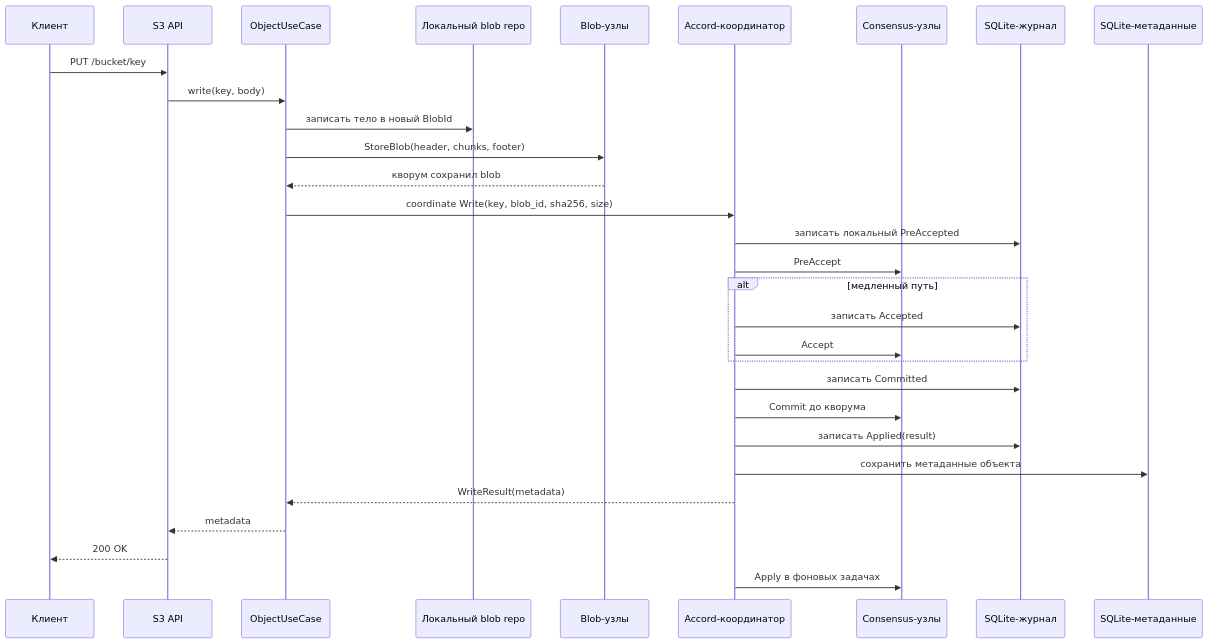
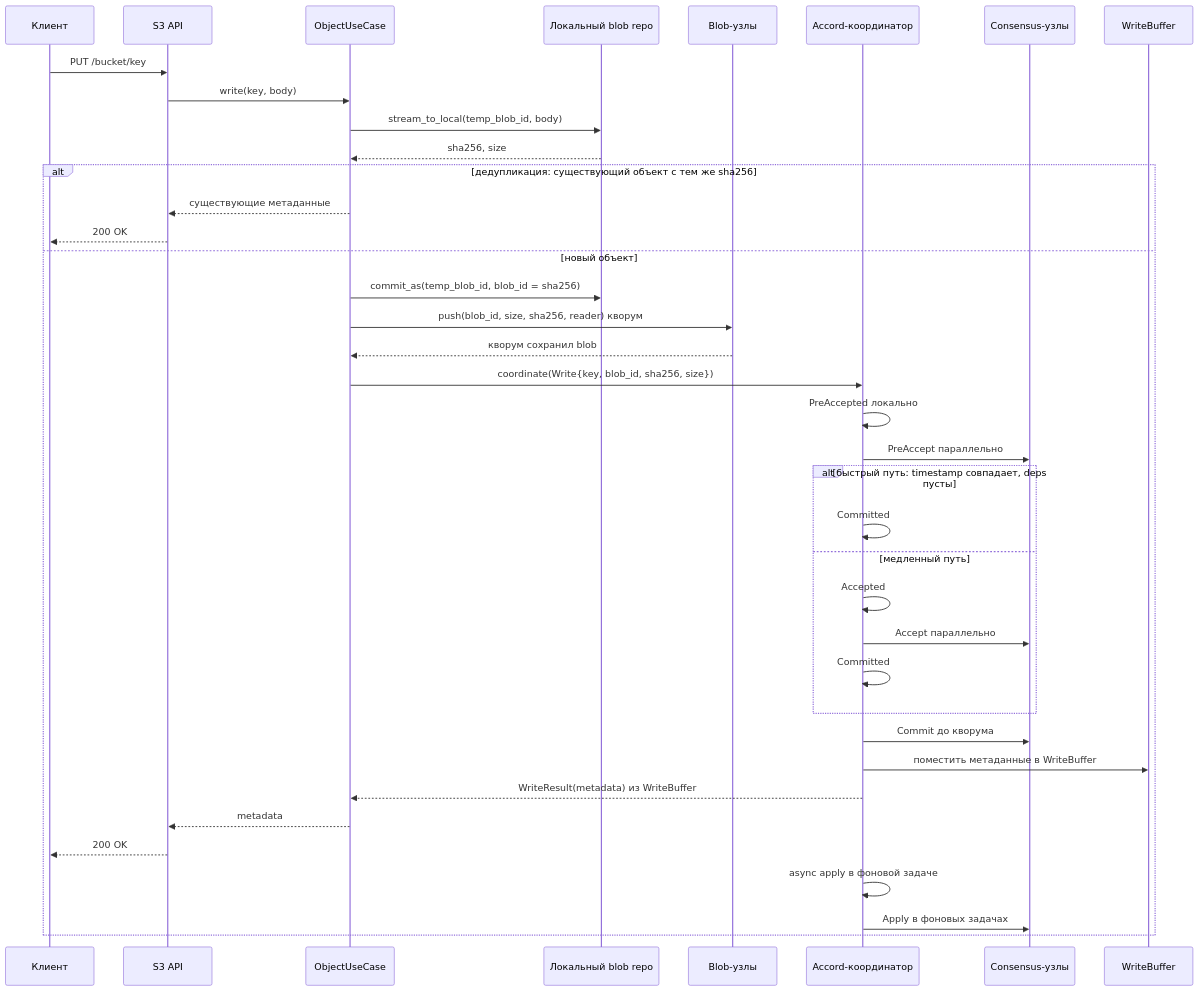
The third of 6 diagrams in docs/architecture.md (Bromles/so3), drawn with Mermaid before and after one commit. The commit also changed other lines of this file and 12 other files, not shown here.

````diff
--- a/docs/architecture.md
+++ b/docs/architecture.md
@@ -82,32 +89,40 @@
 ```mermaid
 sequenceDiagram
     participant C as Клиент
     participant A as S3 API
     participant O as ObjectUseCase
     participant B as Локальный blob repo
     participant BP as Blob-узлы
     participant CC as Accord-координатор
     participant CP as Consensus-узлы
-    participant J as SQLite-журнал
-    participant M as SQLite-метаданные
+    participant WB as WriteBuffer
     C ->> A: PUT /bucket/key
     A ->> O: write(key, body)
-    O ->> B: записать тело в новый BlobId
-    O ->> BP: StoreBlob(header, chunks, footer)
-    BP -->> O: кворум сохранил blob
-    O ->> CC: coordinate Write(key, blob_id, sha256, size)
-    CC ->> J: записать локальный PreAccepted
-    CC ->> CP: PreAccept
-    alt медленный путь
-        CC ->> J: записать Accepted
-        CC ->> CP: Accept
+    O ->> B: stream_to_local(temp_blob_id, body)
+    B -->> O: sha256, size
+    alt дедупликация: существующий объект с тем же sha256
+        O -->> A: существующие метаданные
+        A -->> C: 200 OK
+    else новый объект
+        O ->> B: commit_as(temp_blob_id, blob_id = sha256)
+        O ->> BP: push(blob_id, size, sha256, reader) кворум
+        BP -->> O: кворум сохранил blob
+        O ->> CC: coordinate(Write{key, blob_id, sha256, size})
+        CC ->> CC: PreAccepted локально
+        CC ->> CP: PreAccept параллельно
+        alt быстрый путь: timestamp совпадает, deps пусты
+            CC ->> CC: Committed
+        else медленный путь
+            CC ->> CC: Accepted
+            CC ->> CP: Accept параллельно
+            CC ->> CC: Committed
+        end
+        CC ->> CP: Commit до кворума
+        CC ->> WB: поместить метаданные в WriteBuffer
+        CC -->> O: WriteResult(metadata) из WriteBuffer
+        O -->> A: metadata
+        A -->> C: 200 OK
+        CC ->> CC: async apply в фоновой задаче
+        CC ->> CP: Apply в фоновых задачах
     end
-    CC ->> J: записать Committed
-    CC ->> CP: Commit до кворума
-    CC ->> J: записать Applied(result)
-    CC ->> M: сохранить метаданные объекта
-    CC -->> O: WriteResult(metadata)
-    O -->> A: metadata
-    A -->> C: 200 OK
-    CC ->> CP: Apply в фоновых задачах
 ```
````
